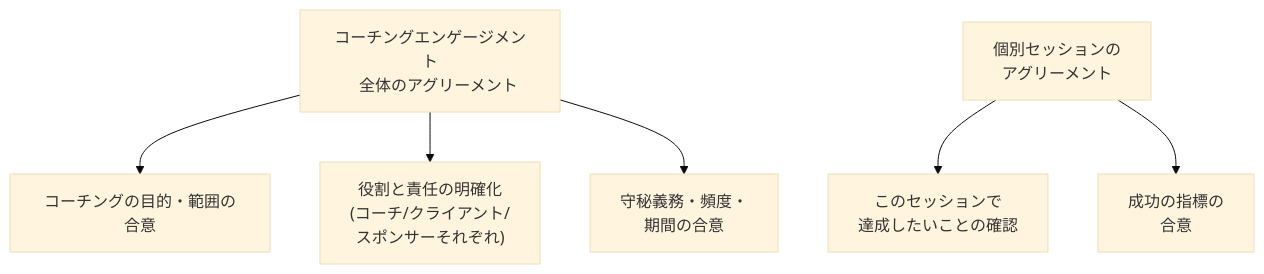
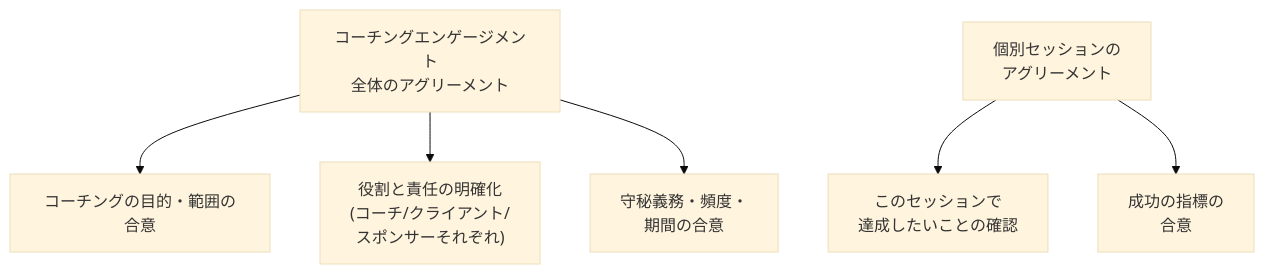
One commit to myoshi2891/Management-Team-Building-Studies changed the seventh of 15 diagrams in Csp-sm-certified-scrum-professional-scrummaster-study-guide.md. Above: the diagram before and after it, drawn with Mermaid (base theme). The commit also changed other lines of this file, not shown here.

Commit message:
docs: CSP-SM 学習ガイドのMermaid図整形およびCTC/CEC注記を更新

````diff
--- a/Csp-sm-certified-scrum-professional-scrummaster-study-guide.md
+++ b/Csp-sm-certified-scrum-professional-scrummaster-study-guide.md
@@ -405,15 +362,8 @@
 ```mermaid
 flowchart TD
-    A["コーチングエンゲージメント
-    全体のアグリーメント"] --> A1["コーチングの目的・範囲の合意"]
-    A --> A2["役割と責任の明確化
-    (コーチ/クライアント/
-    スポンサーそれぞれ)"]
-    A --> A3["守秘義務・頻度・
-    期間の合意"]
-    B["個別セッションの
-    アグリーメント"] --> B1["このセッションで
-    達成したいことの確認"]
-    B --> B2["成功の指標の
-    合意"]
+    A["コーチングエンゲージメント<br/>全体のアグリーメント"] --> A1["コーチングの目的・範囲の合意"]
+    A --> A2["役割と責任の明確化<br/>(コーチ/クライアント/<br/>スポンサーそれぞれ)"]
+    A --> A3["守秘義務・頻度・<br/>期間の合意"]
+    B["個別セッションの<br/>アグリーメント"] --> B1["このセッションで<br/>達成したいことの確認"]
+    B --> B2["成功の指標の<br/>合意"]
 ```
````
